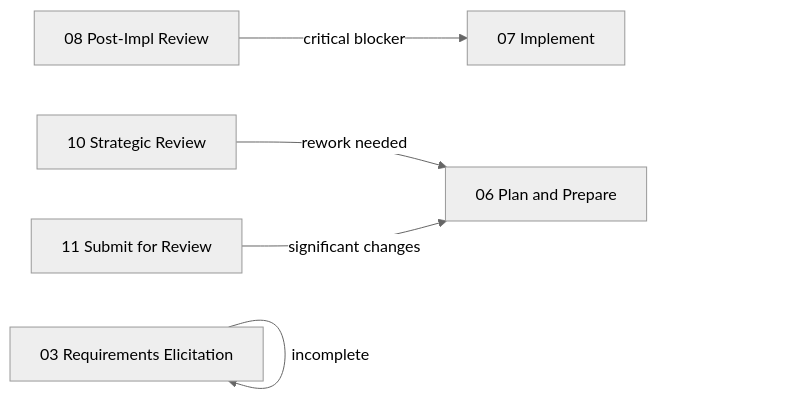
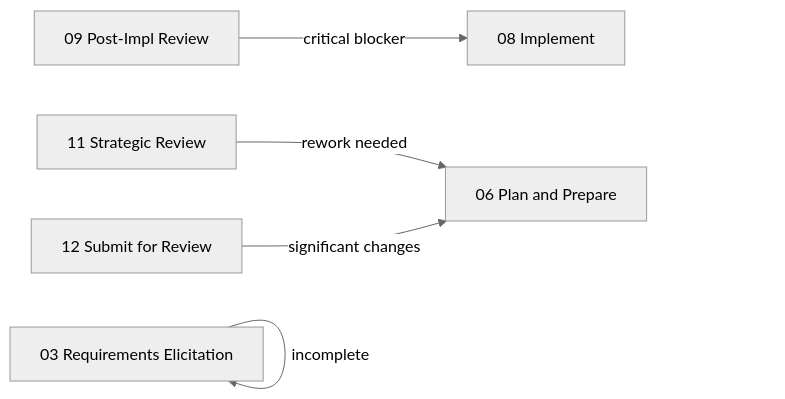
One commit to m2ux/workflow-server changed the third of 3 diagrams in work-package/README.md. Above: the diagram before and after it, drawn with Mermaid (neutral theme). The commit also changed other lines of this file and 11 other files, not shown here.

````diff
--- a/work-package/README.md
+++ b/work-package/README.md
@@ -210,7 +213,7 @@
 ```mermaid
 graph LR
-    postImplReview["08 Post-Impl Review"] -->|"critical blocker"| implement["07 Implement"]
-    strategicReview["10 Strategic Review"] -->|"rework needed"| planPrepare["06 Plan and Prepare"]
-    submitReview["11 Submit for Review"] -->|"significant changes"| planPrepare
+    postImplReview["09 Post-Impl Review"] -->|"critical blocker"| implement["08 Implement"]
+    strategicReview["11 Strategic Review"] -->|"rework needed"| planPrepare["06 Plan and Prepare"]
+    submitReview["12 Submit for Review"] -->|"significant changes"| planPrepare
     reqElicit["03 Requirements Elicitation"] -->|"incomplete"| reqElicit
 ```
````
